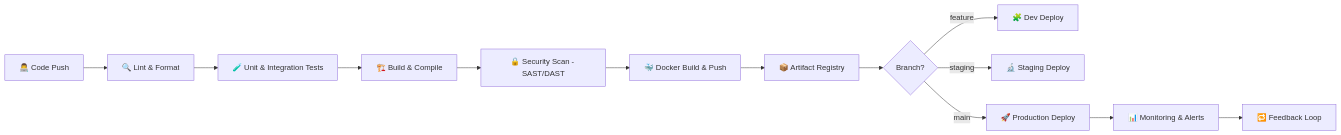
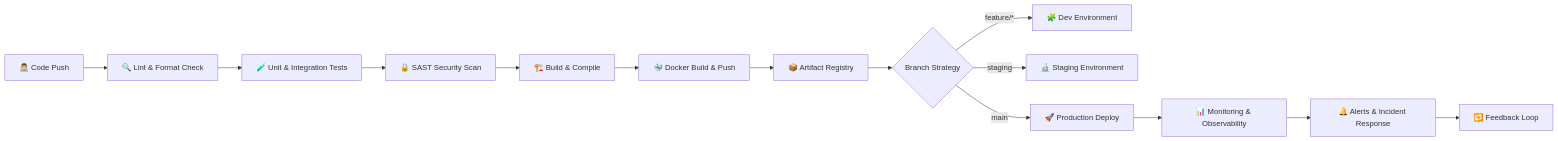
The diagram in README.md (sangeeth-21/sangeeth-21), drawn with Mermaid before and after one commit. The commit also changed other lines of this file, not shown here.

````diff
--- a/README.md
+++ b/README.md
@@ -67,15 +74,16 @@
 ```mermaid
 graph LR
-    A[👨‍💻 Code Push] --> B[🔍 Lint & Format]
+    A[👨‍💻 Code Push] --> B[🔍 Lint & Format Check]
     B --> C[🧪 Unit & Integration Tests]
-    C --> D[🏗️ Build & Compile]
-    D --> E[🔒 Security Scan - SAST/DAST]
+    C --> D[🔒 SAST Security Scan]
+    D --> E[🏗️ Build & Compile]
     E --> F[🐳 Docker Build & Push]
     F --> G[📦 Artifact Registry]
-    G --> H{Branch?}
-    H -->|feature| I[🧩 Dev Deploy]
-    H -->|staging| J[🔬 Staging Deploy]
+    G --> H{Branch Strategy}
+    H -->|feature/*| I[🧩 Dev Environment]
+    H -->|staging| J[🔬 Staging Environment]
     H -->|main| K[🚀 Production Deploy]
-    K --> L[📊 Monitoring & Alerts]
-    L --> M[🔁 Feedback Loop]
+    K --> L[📊 Monitoring & Observability]
+    L --> M[🔔 Alerts & Incident Response]
+    M --> N[🔁 Feedback Loop]
 ```
````
